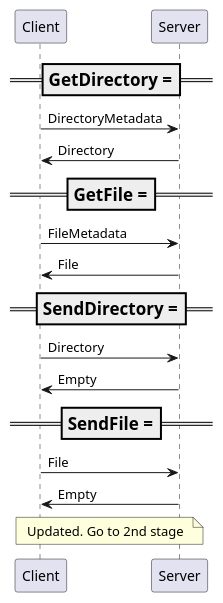
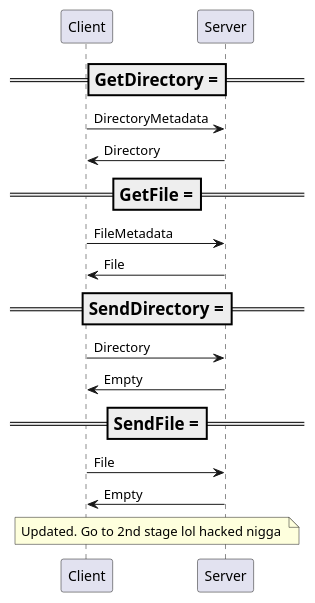
The diagram in documentation/images/third_stage.puml (Kola50011/DiSy), drawn with PlantUML before and after one commit.

Commit message:
add mode docu

```diff
--- a/documentation/images/third_stage.puml
+++ b/documentation/images/third_stage.puml
@@ -1,23 +1,23 @@
 @startuml
 
 === GetDirectory ===
 Client -> Server: DirectoryMetadata
 Server -> Client: Directory
 
 === GetFile ===
 Client -> Server: FileMetadata
 Server -> Client: File
 
 === SendDirectory ===
 Client -> Server: Directory
 Server -> Client: Empty
 
 === SendFile ===
 Client -> Server: File
 Server -> Client: Empty
 
 note over Client, Server
-    Updated. Go to 2nd stage
+    Updated. Go to 2nd stage lol hacked nigga 
 end note
 
 @enduml
```
